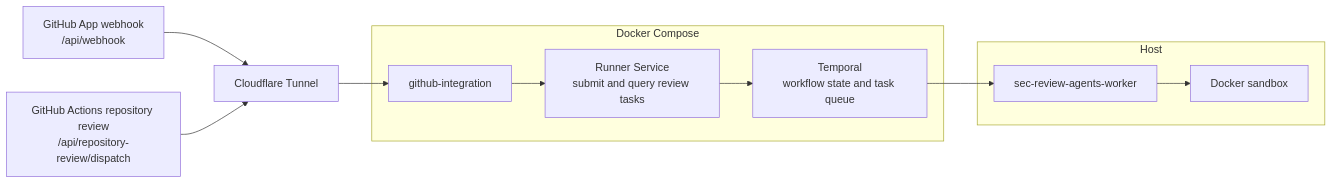
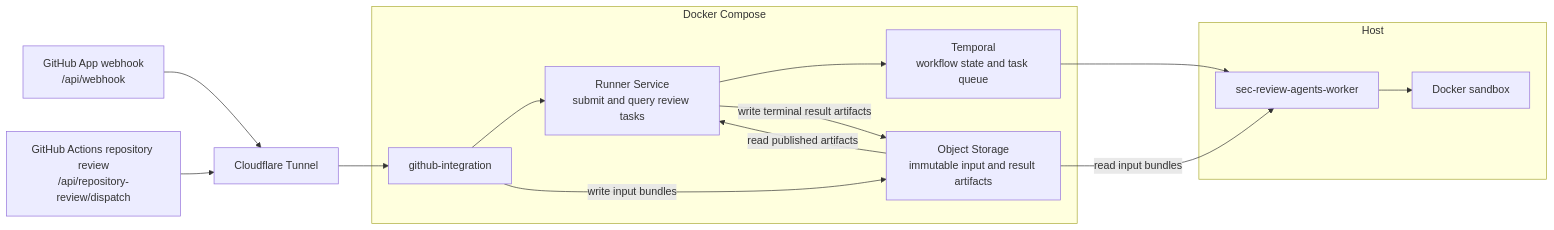
Before and after one commit to Agent-AI-Chalmers/sec-review-bot: the diagram in docs/operations/LOCAL_INTEGRATED_DEPLOYMENT.md, drawn with Mermaid. The commit also changed other lines of this file and 159 other files, not shown here.

First line of the commit message:
feat: move review artifacts to object storage (#78)

````diff
--- a/docs/operations/LOCAL_INTEGRATED_DEPLOYMENT.md
+++ b/docs/operations/LOCAL_INTEGRATED_DEPLOYMENT.md
@@ -11,17 +11,21 @@
 ```mermaid
 flowchart LR
     webhook["GitHub App webhook<br/>/api/webhook"] --> tunnel["Cloudflare Tunnel"]
     dispatch["GitHub Actions repository review<br/>/api/repository-review/dispatch"] --> tunnel
 
     subgraph compose["Docker Compose"]
         integration["github-integration"] --> runner["Runner Service<br/>submit and query review tasks"]
         runner --> temporal["Temporal<br/>workflow state and task queue"]
+        integration -->|write input bundles| storage["Object Storage<br/>immutable input and result artifacts"]
+        runner -->|write terminal result artifacts| storage
     end
 
     subgraph host["Host"]
         worker["sec-review-agents-worker"] --> sandbox["Docker sandbox"]
     end
 
     tunnel --> integration
     temporal --> worker
+    storage -->|read input bundles| worker
+    storage -->|read published artifacts| runner
 ```
````
